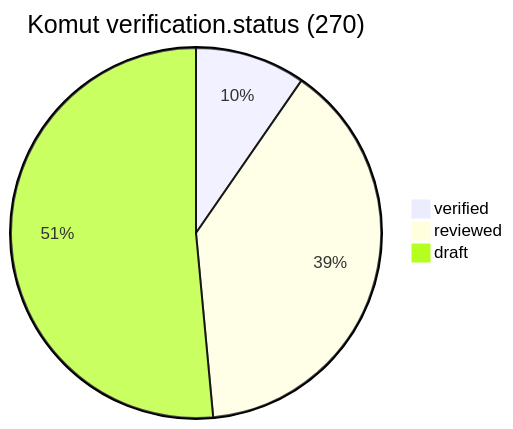
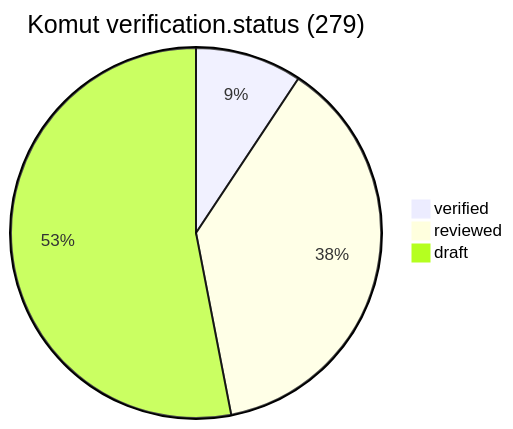
The first of 8 diagrams in README.tr.md (Teknoloji-Filozoflari/Nova-Commands), drawn with Mermaid before and after one commit. The commit also changed other lines of this file and 24 other files, not shown here.

````diff
--- a/README.tr.md
+++ b/README.tr.md
@@ -51,6 +51,6 @@
 ```mermaid
-pie title Komut verification.status (270)
+pie title Komut verification.status (279)
   "verified" : 26
   "reviewed" : 105
-  "draft" : 139
+  "draft" : 148
 ```
````
